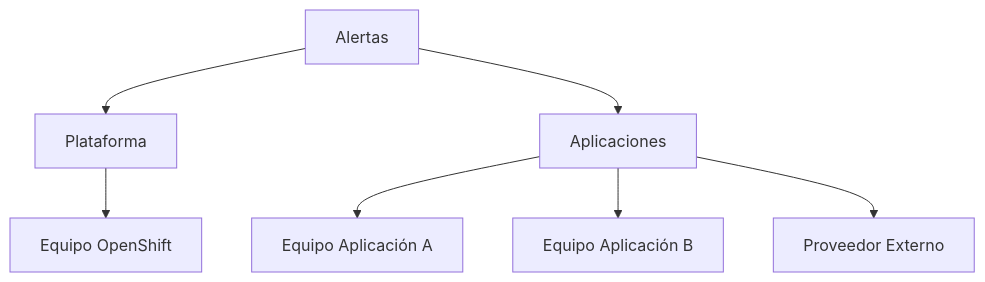
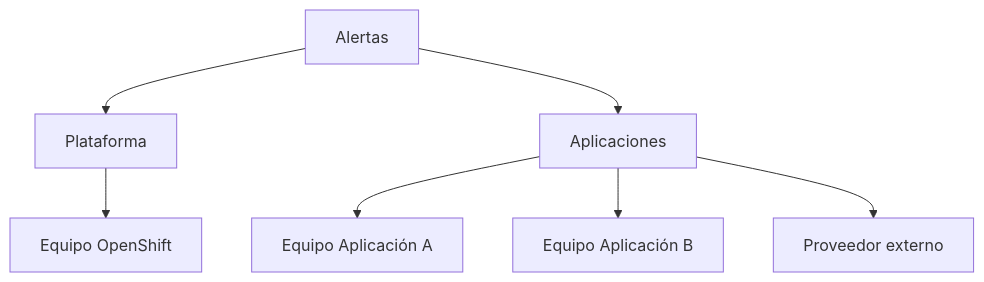
The ninth of 9 diagrams in docs/sesion3/3.3 Alertas.md (ieftraining/curso-openshift), drawn with Mermaid before and after one commit. The commit also changed other lines of this file, not shown here.

````diff
--- a/docs/sesion3/3.3 Alertas.md
+++ b/docs/sesion3/3.3 Alertas.md
@@ -368,13 +318,10 @@
 ```mermaid
 flowchart TD
     A[Alertas]
-
     A --> B[Plataforma]
     A --> C[Aplicaciones]
-
     B --> D[Equipo OpenShift]
-
     C --> E[Equipo Aplicación A]
     C --> F[Equipo Aplicación B]
-    C --> G[Proveedor Externo]
+    C --> G[Proveedor externo]
 ```
````
